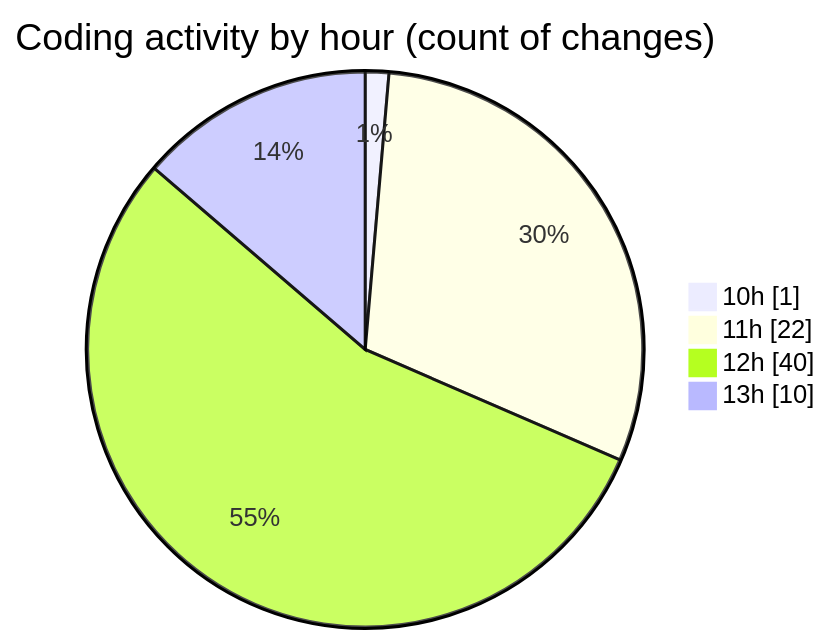
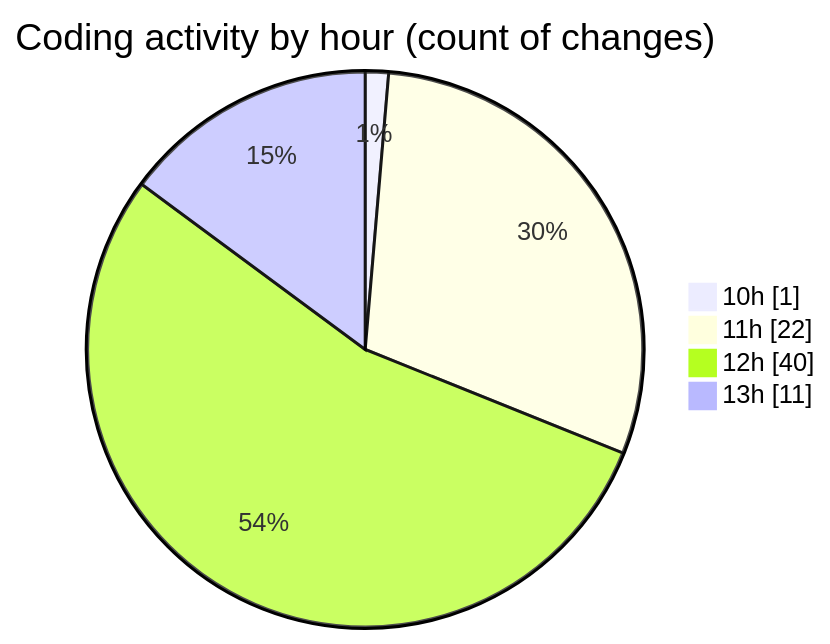
Before and after one commit to nxtqubesakshisongat/code-tracking: the second of 2 diagrams in 2025-07-27/nxtqube_webapp/README.md, drawn with Mermaid. The commit also changed other lines of this file and 1 other file, not shown here.

````diff
--- a/2025-07-27/nxtqube_webapp/README.md
+++ b/2025-07-27/nxtqube_webapp/README.md
@@ -35,8 +36,8 @@
 ```mermaid
 pie showData
 title Coding activity by hour (count of changes)
 "10h" : 1
 "11h" : 22
 "12h" : 40
-"13h" : 10
+"13h" : 11
 ```
````
